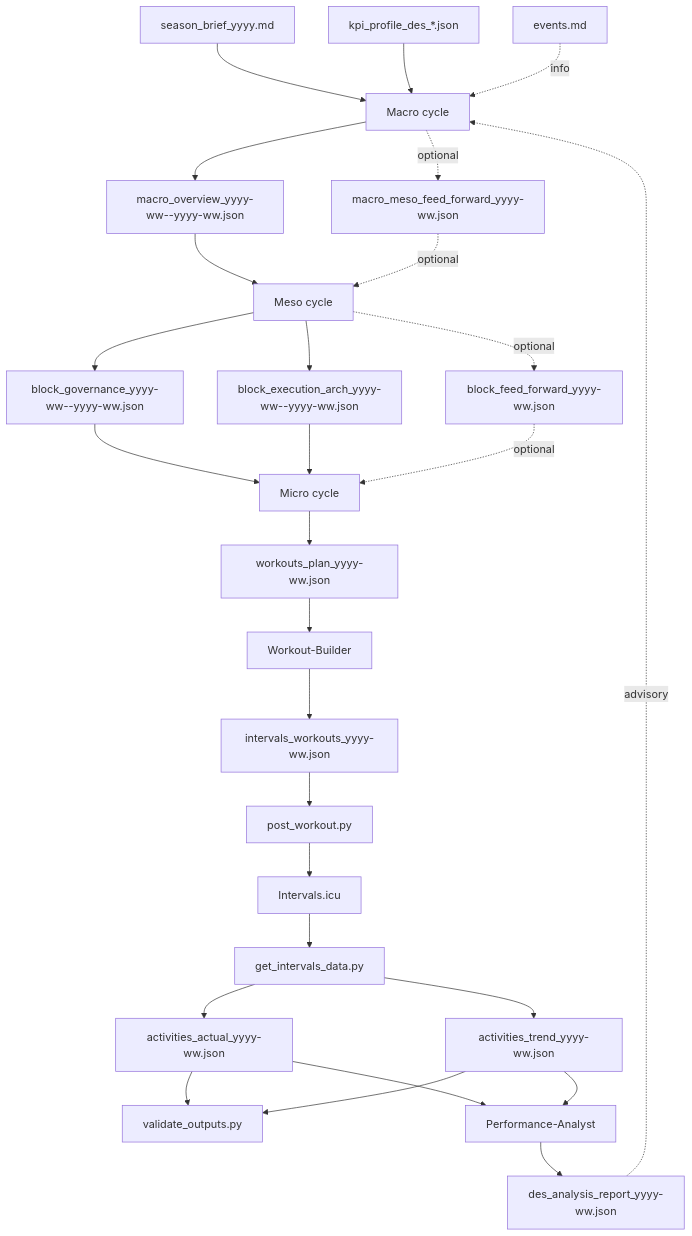
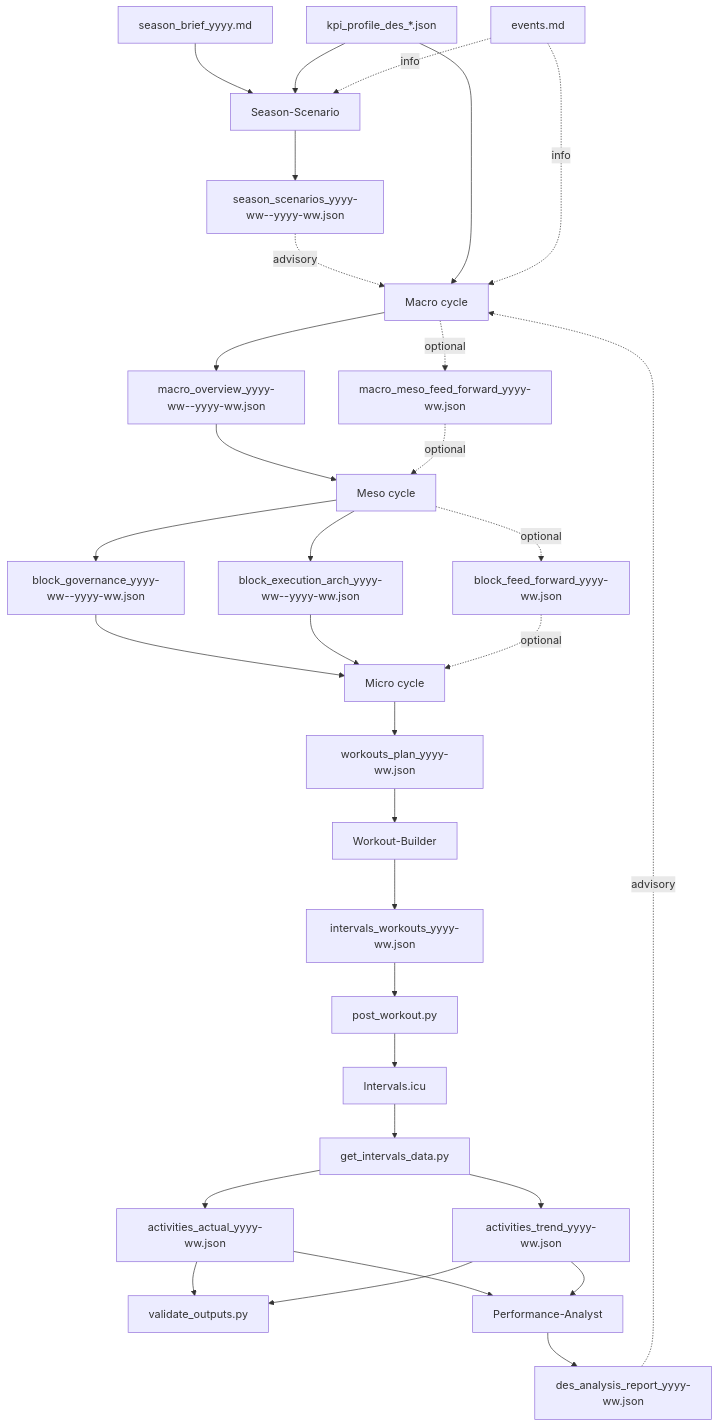
The diagram in doc/how_to_plan.md (albauer-priv/RPS), drawn with Mermaid before and after one commit. The commit also changed other lines of this file and 24 other files, not shown here.

Commit message:
Add season scenario agent and selection flow

````diff
--- a/doc/how_to_plan.md
+++ b/doc/how_to_plan.md
@@ -150,36 +180,40 @@
 ```mermaid
 flowchart TD
-  SB[season_brief_yyyy.md] --> MA[Macro cycle]
-  KP[kpi_profile_des_*.json] --> MA
-  EV[events.md] -. info .-> MA
+  SB[season_brief_yyyy.md] --> SS[Season-Scenario]
+  KP[kpi_profile_des_*.json] --> SS
+  SS --> SC[season_scenarios_yyyy-ww--yyyy-ww.json]
+  SC -. advisory .-> MA[Macro cycle]
+  KP --> MA
+  EV[events.md] -. info .-> SS
+  EV -. info .-> MA
 
   MA --> MO[macro_overview_yyyy-ww--yyyy-ww.json]
   MA -. optional .-> MMFF[macro_meso_feed_forward_yyyy-ww.json]
 
   MO --> ME[Meso cycle]
   MMFF -. optional .-> ME
 
   ME --> BG[block_governance_yyyy-ww--yyyy-ww.json]
   ME --> BEA[block_execution_arch_yyyy-ww--yyyy-ww.json]
   ME -. optional .-> BFF[block_feed_forward_yyyy-ww.json]
 
   BG --> MI[Micro cycle]
   BEA --> MI
   BFF -. optional .-> MI
 
   MI --> WP[workouts_plan_yyyy-ww.json]
   WP --> WB[Workout-Builder]
   WB --> WJ[intervals_workouts_yyyy-ww.json]
   WJ --> POST[post_workout.py] --> IC[Intervals.icu]
 
   IC --> EXP[get_intervals_data.py]
   EXP --> AA[activities_actual_yyyy-ww.json]
   EXP --> AT[activities_trend_yyyy-ww.json]
   AA --> VA[validate_outputs.py]
   AT --> VA
 
   AA --> PA[Performance-Analyst]
   AT --> PA
   PA --> DR[des_analysis_report_yyyy-ww.json]
   DR -. advisory .-> MA
 ```
````
